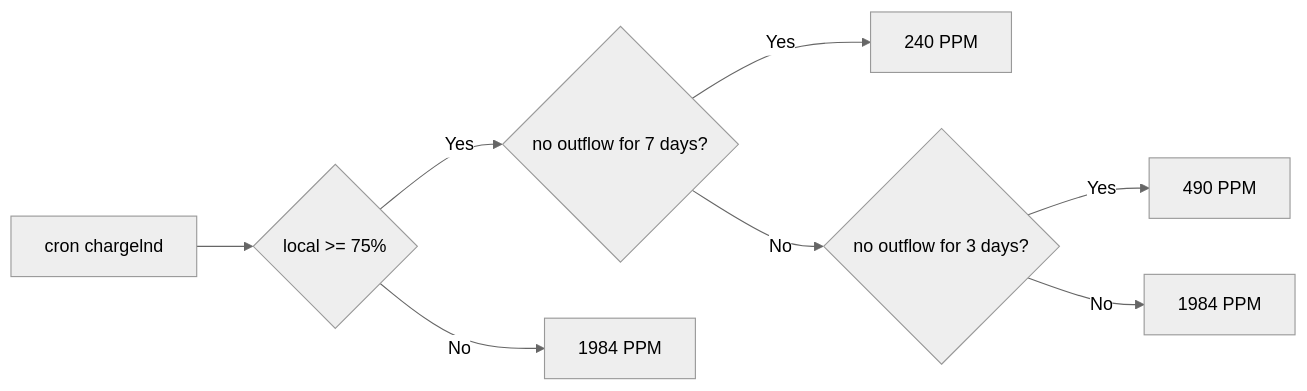
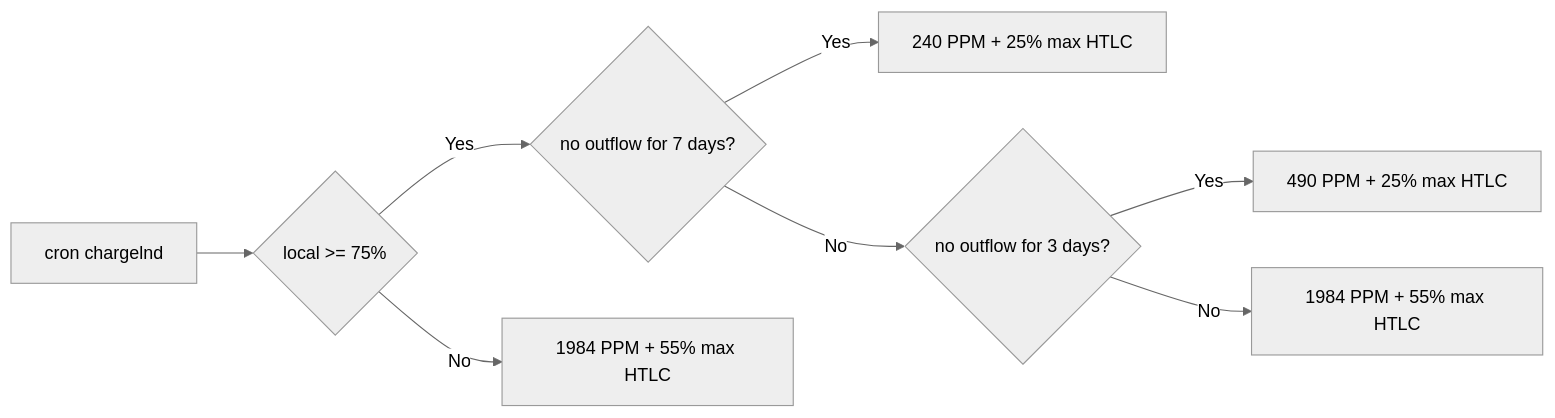
One commit to zapomatic/zap_lnd_tools changed the first of 2 diagrams in README.md. Above: the diagram before and after it, drawn with Mermaid (neutral theme). The commit also changed other lines of this file and 1 other file, not shown here.

Commit message:
max htlc for CFS

````diff
--- a/README.md
+++ b/README.md
@@ -39,10 +44,10 @@
 ```mermaid
 flowchart LR
     A[cron chargelnd] --> B{local >= 75%}
     B -->|Yes| C{no outflow for 7 days?}
-    B -->|No| H[1984 PPM]
-    C -->|Yes| D[240 PPM]
+    B -->|No| H[1984 PPM + 55% max HTLC]
+    C -->|Yes| D[240 PPM + 25% max HTLC]
     C -->|No| E{no outflow for 3 days?}
-    E -->|Yes| F[490 PPM]
-    E -->|No| G[1984 PPM]
+    E -->|Yes| F[490 PPM + 25% max HTLC]
+    E -->|No| G[1984 PPM + 55% max HTLC]
 ```
````
